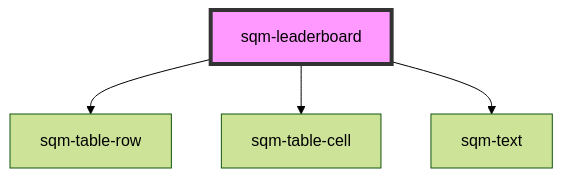
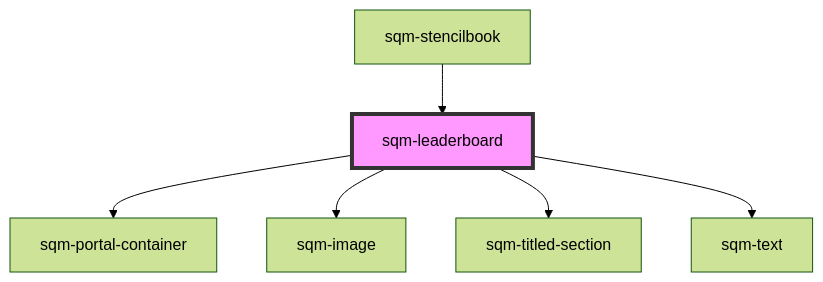
The diagram in packages/mint-components/src/components/sqm-leaderboard/readme.md (saasquatch/program-tools), drawn with Mermaid (forest theme) before and after one commit. The commit also changed other lines of this file and 18 other files, not shown here.

````diff
--- a/packages/mint-components/src/components/sqm-leaderboard/readme.md
+++ b/packages/mint-components/src/components/sqm-leaderboard/readme.md
@@ -34,7 +41,9 @@
 ```mermaid
 graph TD;
-  sqm-leaderboard --> sqm-table-row
-  sqm-leaderboard --> sqm-table-cell
+  sqm-leaderboard --> sqm-portal-container
+  sqm-leaderboard --> sqm-image
+  sqm-leaderboard --> sqm-titled-section
   sqm-leaderboard --> sqm-text
+  sqm-stencilbook --> sqm-leaderboard
   style sqm-leaderboard fill:#f9f,stroke:#333,stroke-width:4px
 ```
````
